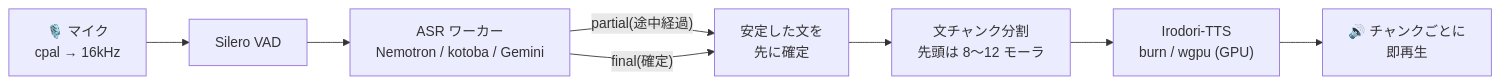
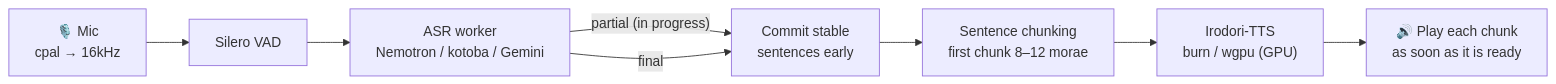
Before and after one commit to kjranyone/sttts-gui: the diagram in README.md, drawn with Mermaid. The commit also changed other lines of this file and 30 other files, not shown here.

````diff
--- a/README.md
+++ b/README.md
@@ -67,10 +73,10 @@
 ```mermaid
 flowchart LR
-    mic["🎙️ マイク<br/>cpal → 16kHz"] --> vad["Silero VAD"]
-    vad --> asr["ASR ワーカー<br/>Nemotron / kotoba / Gemini"]
-    asr -- "partial(途中経過)" --> commit["安定した文を<br/>先に確定"]
-    asr -- "final(確定)" --> commit
-    commit --> chunk["文チャンク分割<br/>先頭は 8〜12 モーラ"]
+    mic["🎙️ Mic<br/>cpal → 16kHz"] --> vad["Silero VAD"]
+    vad --> asr["ASR worker<br/>Nemotron / kotoba / Gemini"]
+    asr -- "partial (in progress)" --> commit["Commit stable<br/>sentences early"]
+    asr -- "final" --> commit
+    commit --> chunk["Sentence chunking<br/>first chunk 8–12 morae"]
     chunk --> tts["Irodori-TTS<br/>burn / wgpu (GPU)"]
-    tts --> play["🔊 チャンクごとに<br/>即再生"]
+    tts --> play["🔊 Play each chunk<br/>as soon as it is ready"]
 ```
````
